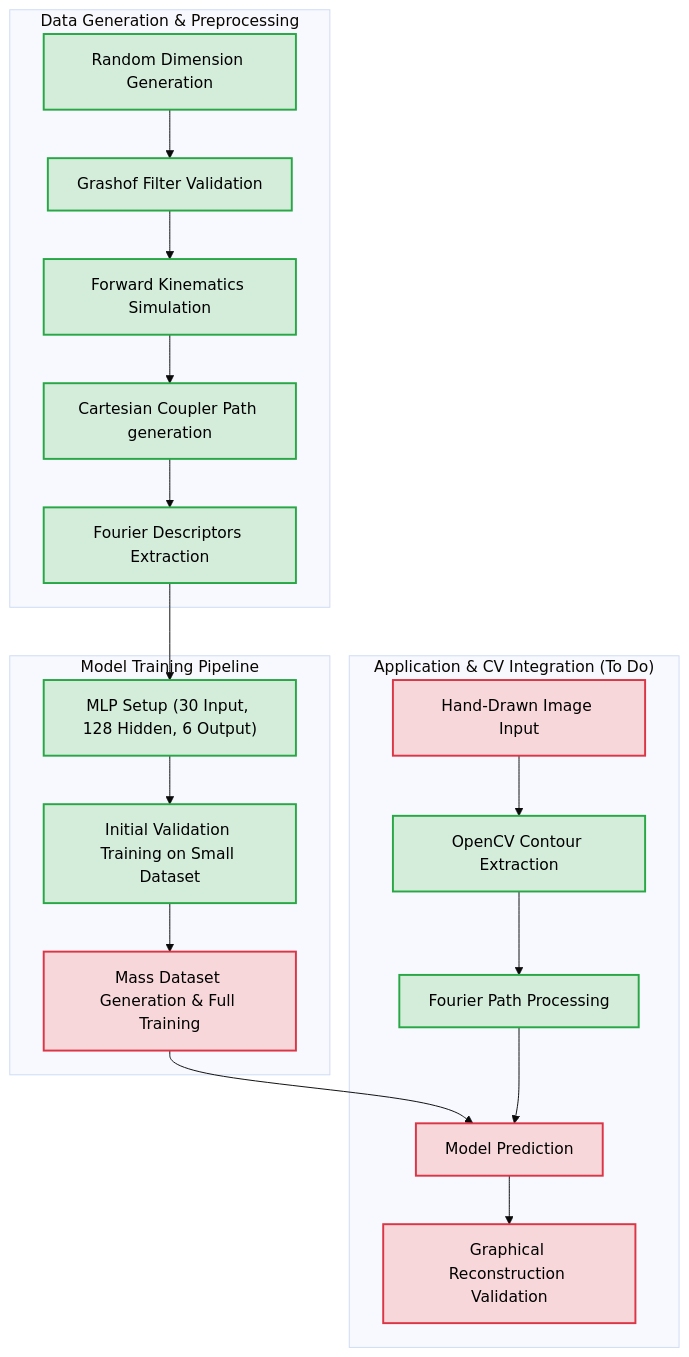
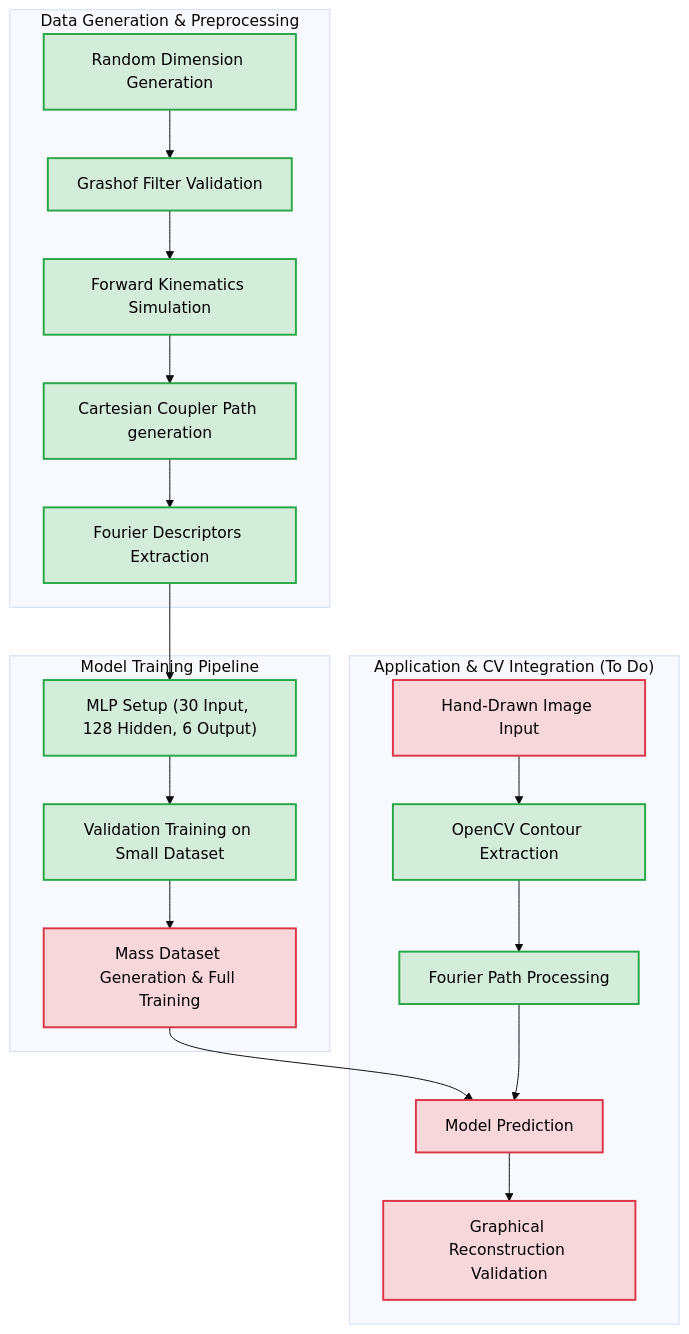
The diagram in README.md (LakshayAga/Automated-design-of-four-bar-linkage), drawn with Mermaid (base theme) before and after one commit. The commit also changed other lines of this file and 16 other files, not shown here.

````diff
--- a/README.md
+++ b/README.md
@@ -36,29 +64,29 @@
 ```mermaid
 flowchart TD
     classDef done fill:#d4edda,stroke:#28a745,stroke-width:2px,color:#000;
     classDef pending fill:#f8d7da,stroke:#dc3545,stroke-width:2px,color:#000;
 
     %% Data Generation
     subgraph phase1 ["Data Generation & Preprocessing"]
         A["Random Dimension Generation"]:::done --> B["Grashof Filter Validation"]:::done
         B --> C["Forward Kinematics Simulation"]:::done
         C --> D["Cartesian Coupler Path generation"]:::done
         D --> E["Fourier Descriptors Extraction"]:::done
     end
 
     %% Model Pipeline
     subgraph phase2 ["Model Training Pipeline"]
         E --> F["MLP Setup (30 Input, 128 Hidden, 6 Output)"]:::done
-        F --> G["Initial Validation Training on Small Dataset"]:::done
+        F --> G["Validation Training on Small Dataset"]:::done
         G --> H["Mass Dataset Generation & Full Training"]:::pending
     end
 
     %% End-to-end integration
     subgraph phase3 ["Application & CV Integration (To Do)"]
         I["Hand-Drawn Image Input"]:::pending --> J["OpenCV Contour Extraction"]:::done
         J --> K["Fourier Path Processing"]:::done
         H --> L["Model Prediction"]:::pending
         K --> L
         L --> M["Graphical Reconstruction Validation"]:::pending
     end
 ```
````
